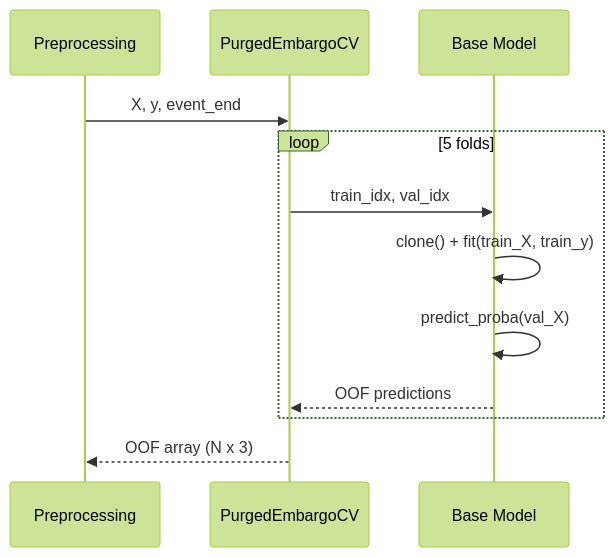
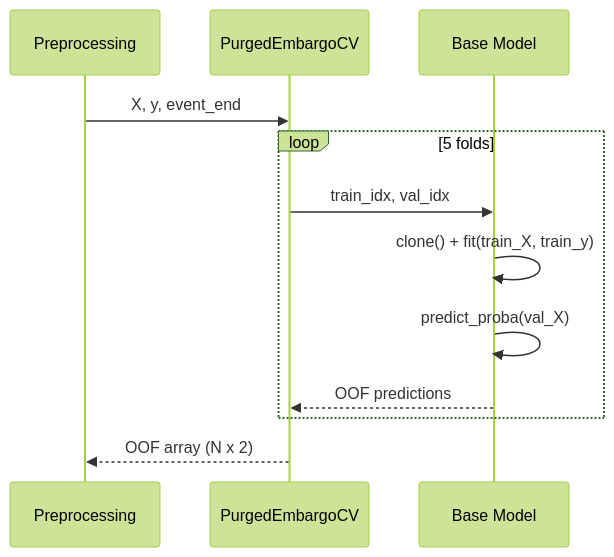
The third of 6 diagrams in docs/model-training.md (ultimateBroK/thesis-compact), drawn with Mermaid (forest theme) before and after one commit. The commit also changed other lines of this file and 32 other files, not shown here.

````diff
--- a/docs/model-training.md
+++ b/docs/model-training.md
@@ -117,15 +117,15 @@
 ```mermaid
 sequenceDiagram
     participant Pipeline as Preprocessing
     participant CV as PurgedEmbargoCV
     participant Model as Base Model
 
     Pipeline->>CV: X, y, event_end
     loop 5 folds
         CV->>Model: train_idx, val_idx
         Model->>Model: clone() + fit(train_X, train_y)
         Model->>Model: predict_proba(val_X)
         Model-->>CV: OOF predictions
     end
-    CV-->>Pipeline: OOF array (N x 3)
+    CV-->>Pipeline: OOF array (N x 2)
 ```
````
